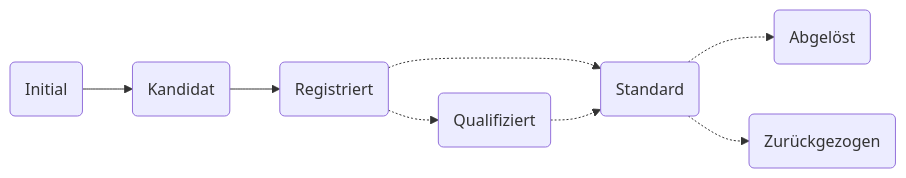
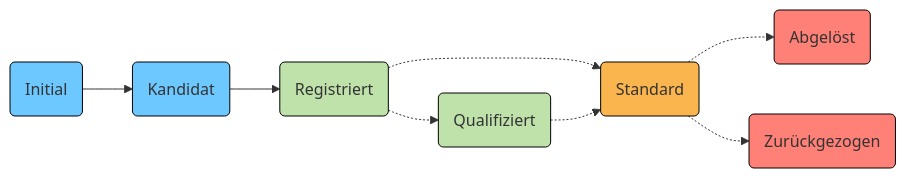
Before and after one commit to I14Y-ch/handbook: the diagram in content/de/2_rollen_prozesse/2_workflow.md, drawn with Mermaid.

````diff
--- a/content/de/2_rollen_prozesse/2_workflow.md
+++ b/content/de/2_rollen_prozesse/2_workflow.md
@@ -13,18 +13,39 @@
 ```mermaid
 flowchart LR
     A(Initial)
     B(Kandidat)
     C(Registriert)
     D(Qualifiziert)
     E(Standard)
     F(Abgelöst)
     G(Zurückgezogen)
 
     A-->B
     B-->C
     C-.->D
     C-.->E
     D-.->E
     E-.->F
     E-.->G
+
+    style A fill:#6CC8FF
+    style A stroke:black
+
+    style B fill:#6CC8FF
+    style B stroke:black
+
+    style C fill:#Bfe2ab
+    style C stroke:black
+
+    style D fill:#Bfe2ab
+    style D stroke:black
+
+    style E fill:#Fbb54e
+    style E stroke:black
+
+    style F fill:#Ff8076
+    style F stroke:black
+
+    style G fill:#Ff8076
+    style G stroke:black
 ```
````
